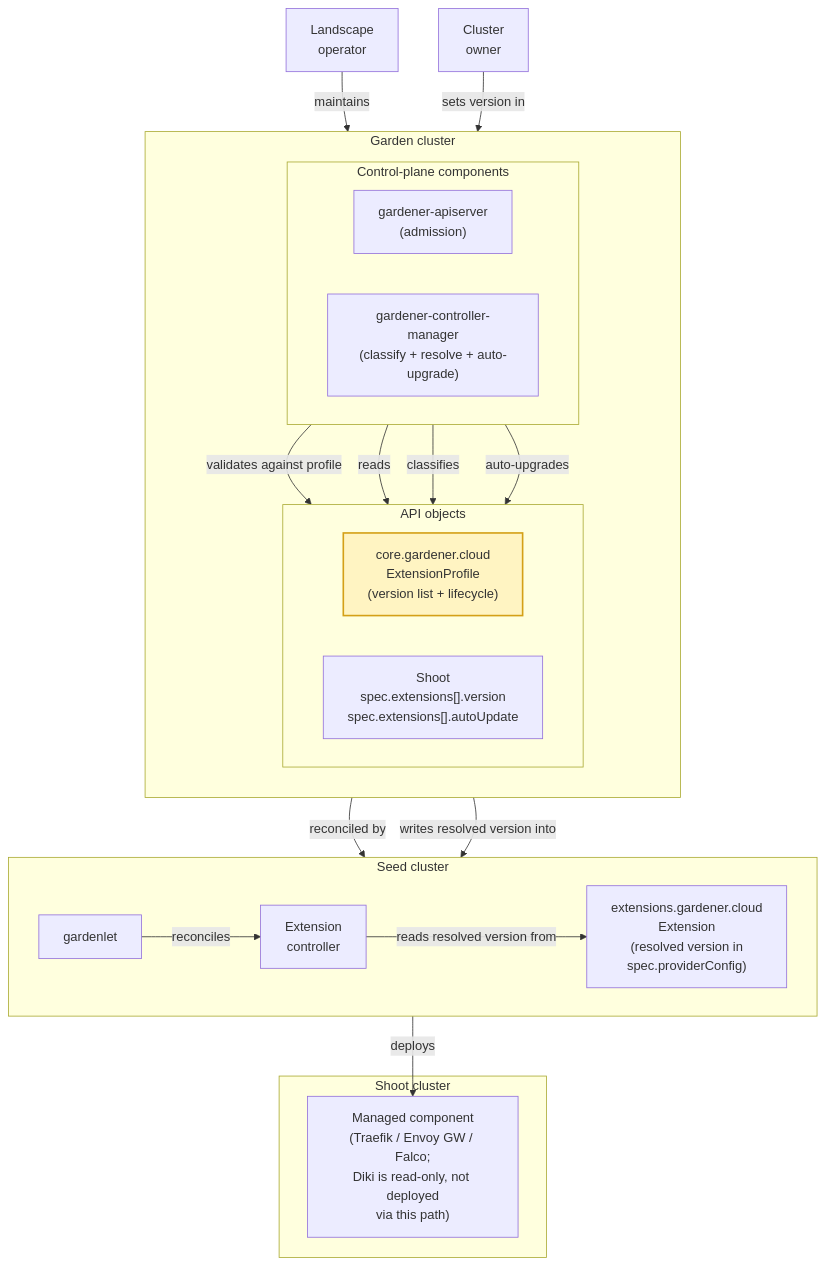
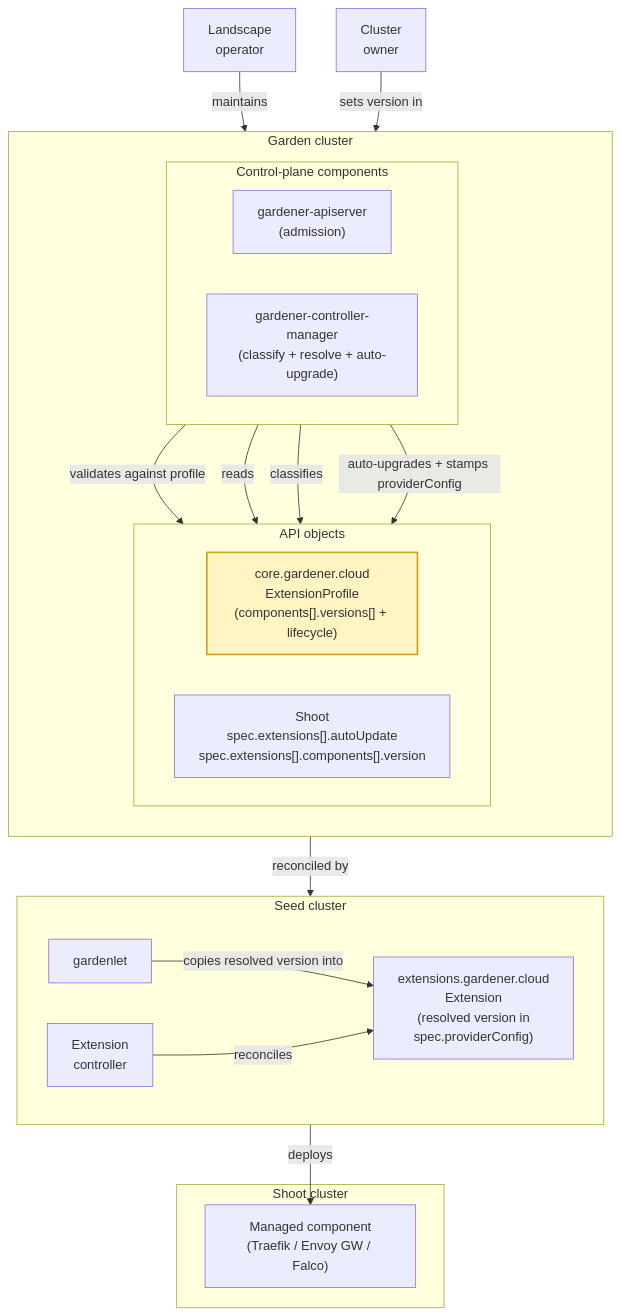
One commit to DockToFuture/enhancements changed the diagram in geps/0078-extension-profile/actors.mmd. Above: the diagram before and after it, drawn with Mermaid. The commit also changed 3 other files, not shown here.

```diff
--- a/geps/0078-extension-profile/actors.mmd
+++ b/geps/0078-extension-profile/actors.mmd
@@ -1,56 +1,55 @@
 %%{init: {'theme': 'default', 'themeVariables': {'background': '#ffffff'}}}%%
 flowchart TB
   %% ── Row 1: Actors ─────────────────────────────────────────
   OP["Landscape<br/>operator"]
   OWN["Cluster<br/>owner"]
 
   %% ── Row 2: Garden cluster (API objects, then controllers) ─
   subgraph Garden["Garden cluster"]
     direction TB
     subgraph GardenAPIs["API objects"]
       direction LR
-      PROF["core.gardener.cloud<br/>ExtensionProfile<br/>(version list + lifecycle)"]
-      SH["Shoot<br/>spec.extensions[].version<br/>spec.extensions[].autoUpdate"]
+      PROF["core.gardener.cloud<br/>ExtensionProfile<br/>(components[].versions[] + lifecycle)"]
+      SH["Shoot<br/>spec.extensions[].autoUpdate<br/>spec.extensions[].components[].version"]
     end
     subgraph GardenCtrl["Control-plane components"]
       direction LR
       GAPI["gardener-apiserver<br/>(admission)"]
       GCM["gardener-controller-manager<br/>(classify + resolve + auto-upgrade)"]
     end
     GardenAPIs ~~~ GardenCtrl
   end
 
   %% ── Row 3: Seed cluster ───────────────────────────────────
   subgraph Seed["Seed cluster"]
     direction LR
     GL["gardenlet"]
     EXTSEED["extensions.gardener.cloud<br/>Extension<br/>(resolved version in<br/>spec.providerConfig)"]
     EXT["Extension<br/>controller"]
   end
 
   %% ── Row 4: Managed component ──────────────────────────────
   subgraph ShootCluster["Shoot cluster"]
-    PAY["Managed component<br/>(Traefik / Envoy GW / Falco;<br/>Diki is read-only, not deployed<br/>via this path)"]
+    PAY["Managed component<br/>(Traefik / Envoy GW / Falco)"]
   end
 
   %% Actor → specific API object (not the whole garden box)
   OP  -- maintains          --> PROF
   OWN -- sets version in       --> SH
 
   %% Admission & classification (arrows flow controllers → APIs
   %% so the layout engine ranks API objects above controllers)
   GAPI -- validates against profile --> SH
   GAPI -- reads                      --> PROF
   GCM  -- classifies                 --> PROF
-  GCM  -- auto-upgrades              --> SH
+  GCM  -- auto-upgrades + stamps providerConfig --> SH
 
   %% Garden → seed → shoot deployment path
   SH   -- reconciled by                 --> GL
-  GCM  -- writes resolved version into  --> EXTSEED
-  GL   -- reconciles                    --> EXT
-  EXT  -- reads resolved version from   --> EXTSEED
+  GL   -- copies resolved version into  --> EXTSEED
+  EXT  -- reconciles                    --> EXTSEED
   EXT  -- deploys                       --> PAY
 
   %% Highlight where the version list lives
   classDef newResource fill:#fff4c2,stroke:#d4a017,stroke-width:2px;
   class PROF newResource;
```
